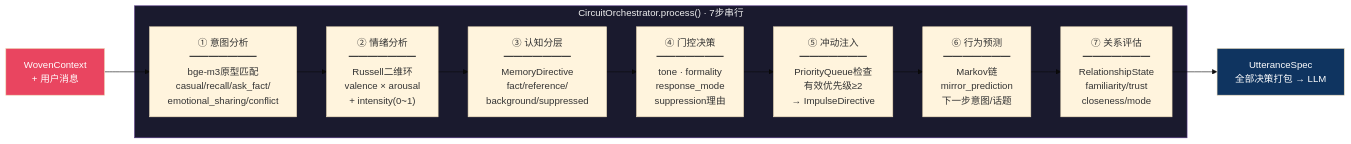
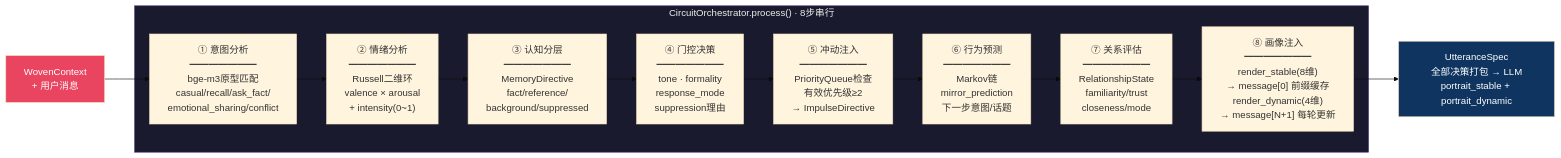
Before and after one commit to 834063245-creator/-First-beat.CH-MemorySystem: the fifth of 11 diagrams in ARCHITECTURE_DIAGRAM.md, drawn with Mermaid (base theme). The commit also changed other lines of this file and 4 other files, not shown here.

````diff
--- a/ARCHITECTURE_DIAGRAM.md
+++ b/ARCHITECTURE_DIAGRAM.md
@@ -179,20 +180,21 @@
 ```mermaid
 flowchart LR
     INPUT["WovenContext<br/>+ 用户消息"] --> S1
 
-    subgraph ORCHESTRATOR["CircuitOrchestrator.process() · 7步串行"]
+    subgraph ORCHESTRATOR["CircuitOrchestrator.process() · 8步串行"]
         S1["① 意图分析<br/>━━━━━━━<br/>bge-m3原型匹配<br/>casual/recall/ask_fact/<br/>emotional_sharing/conflict"]
         S1 --> S2["② 情绪分析<br/>━━━━━━━<br/>Russell二维环<br/>valence × arousal<br/>+ intensity(0~1)"]
         S2 --> S3["③ 认知分层<br/>━━━━━━━<br/>MemoryDirective<br/>fact/reference/<br/>background/suppressed"]
         S3 --> S4["④ 门控决策<br/>━━━━━━━<br/>tone · formality<br/>response_mode<br/>suppression理由"]
         S4 --> S5["⑤ 冲动注入<br/>━━━━━━━<br/>PriorityQueue检查<br/>有效优先级≥2<br/>→ ImpulseDirective"]
         S5 --> S6["⑥ 行为预测<br/>━━━━━━━<br/>Markov链<br/>mirror_prediction<br/>下一步意图/话题"]
         S6 --> S7["⑦ 关系评估<br/>━━━━━━━<br/>RelationshipState<br/>familiarity/trust<br/>closeness/mode"]
+        S7 --> S8["⑧ 画像注入<br/>━━━━━━━<br/>render_stable(8维)<br/>→ message[0] 前缀缓存<br/>render_dynamic(4维)<br/>→ message[N+1] 每轮更新"]
     end
 
-    S7 --> OUTPUT["UtteranceSpec<br/>全部决策打包 → LLM"]
+    S8 --> OUTPUT["UtteranceSpec<br/>全部决策打包 → LLM<br/>portrait_stable + portrait_dynamic"]
 
     style INPUT fill:#e94560,color:#fff
     style OUTPUT fill:#0f3460,color:#fff
     style ORCHESTRATOR fill:#1a1a2e,stroke:#533483,color:#eee
 ```
````
